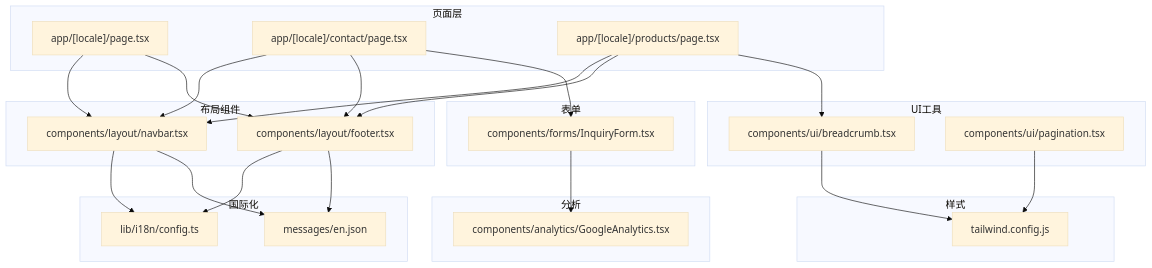
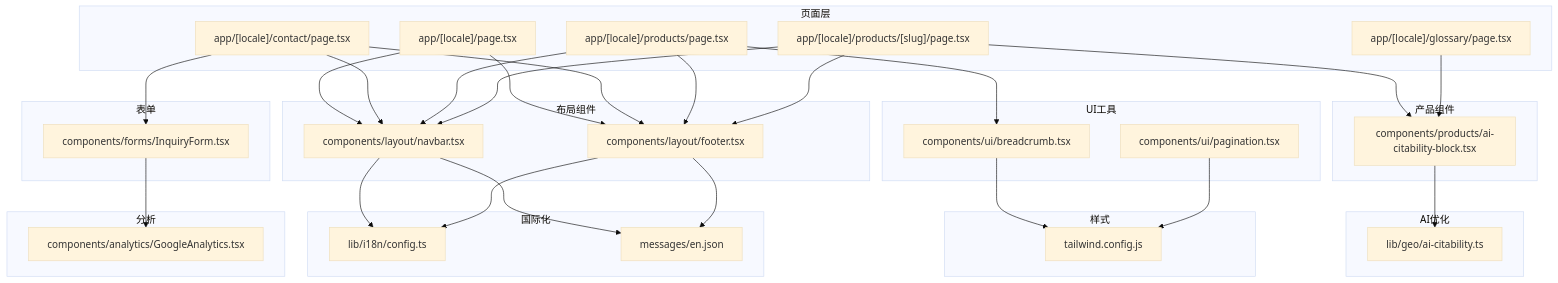
The first of 5 diagrams in .qoder/repowiki/zh/content/用户界面组件/用户界面组件.md (waltzhan/LEDTrade), drawn with Mermaid (base theme) before and after one commit. The commit also changed other lines of this file and 20 other files, not shown here.

````diff
--- a/.qoder/repowiki/zh/content/用户界面组件/用户界面组件.md
+++ b/.qoder/repowiki/zh/content/用户界面组件/用户界面组件.md
@@ -43,44 +50,57 @@
 ```mermaid
 graph TB
 subgraph "页面层"
 P1["app/[locale]/page.tsx"]
 P2["app/[locale]/contact/page.tsx"]
 P3["app/[locale]/products/page.tsx"]
+P4["app/[locale]/products/[slug]/page.tsx"]
+P5["app/[locale]/glossary/page.tsx"]
 end
 subgraph "布局组件"
 N["components/layout/navbar.tsx"]
 F["components/layout/footer.tsx"]
 end
 subgraph "UI工具"
 B["components/ui/breadcrumb.tsx"]
 Pg["components/ui/pagination.tsx"]
 end
 subgraph "表单"
 IF["components/forms/InquiryForm.tsx"]
 end
+subgraph "产品组件"
+ACB["components/products/ai-citability-block.tsx"]
+end
 subgraph "分析"
 GA["components/analytics/GoogleAnalytics.tsx"]
+end
+subgraph "AI优化"
+AIC["lib/geo/ai-citability.ts"]
 end
 subgraph "国际化"
 I18N["lib/i18n/config.ts"]
 MSG["messages/en.json"]
 end
 subgraph "样式"
 TW["tailwind.config.js"]
 end
 P1 --> N
 P1 --> F
 P2 --> N
 P2 --> F
 P2 --> IF
 P3 --> N
 P3 --> F
 P3 --> B
+P4 --> N
+P4 --> F
+P4 --> ACB
+P5 --> ACB
 N --> I18N
 F --> I18N
 IF --> GA
 N --> MSG
 F --> MSG
+ACB --> AIC
 B --> TW
 Pg --> TW
 ```
````
